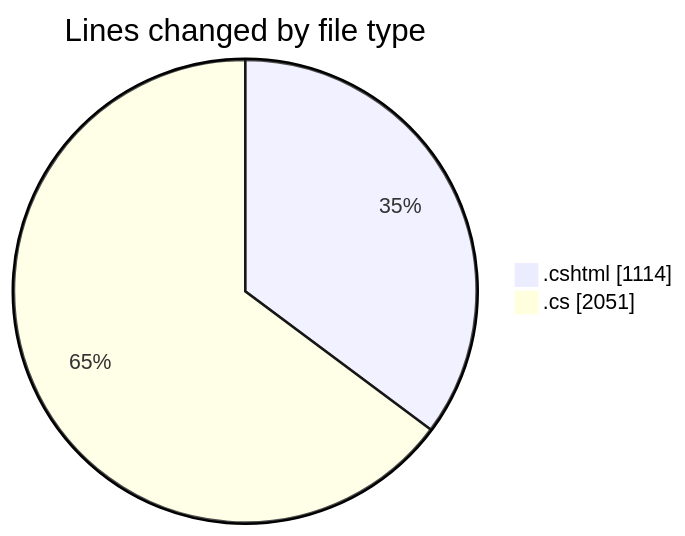
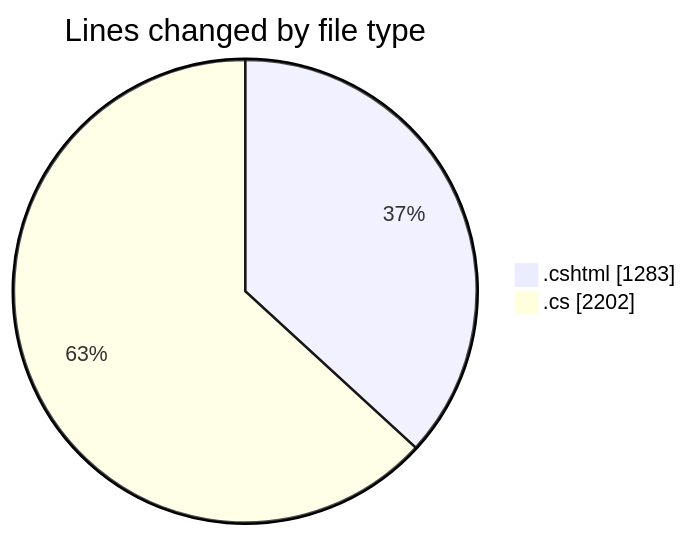
The first of 2 diagrams in 2025-07-17/nhahang/README.md (lephambinh05/code-tracking), drawn with Mermaid before and after one commit. The commit also changed other lines of this file and 1 other file, not shown here.

````diff
--- a/2025-07-17/nhahang/README.md
+++ b/2025-07-17/nhahang/README.md
@@ -52,6 +55,6 @@
 ```mermaid
 pie showData
 title Lines changed by file type
-".cshtml" : 1114
-".cs" : 2051
+".cshtml" : 1283
+".cs" : 2202
 ```
````
